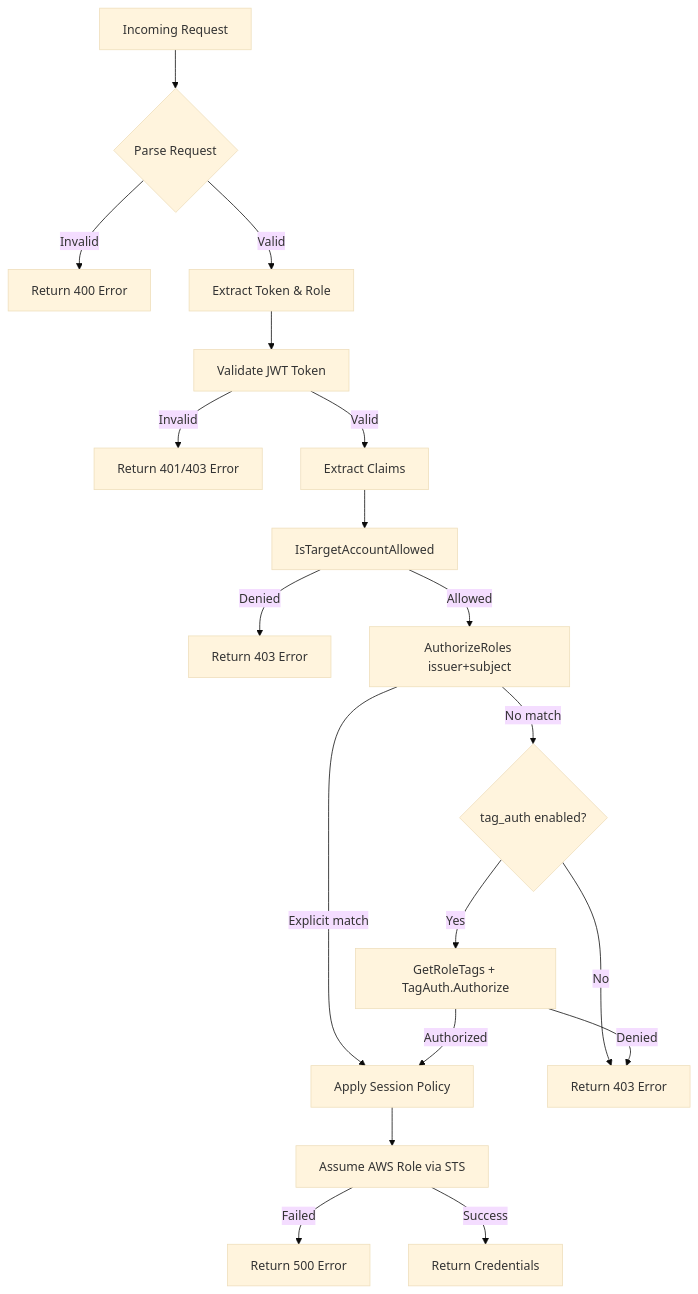
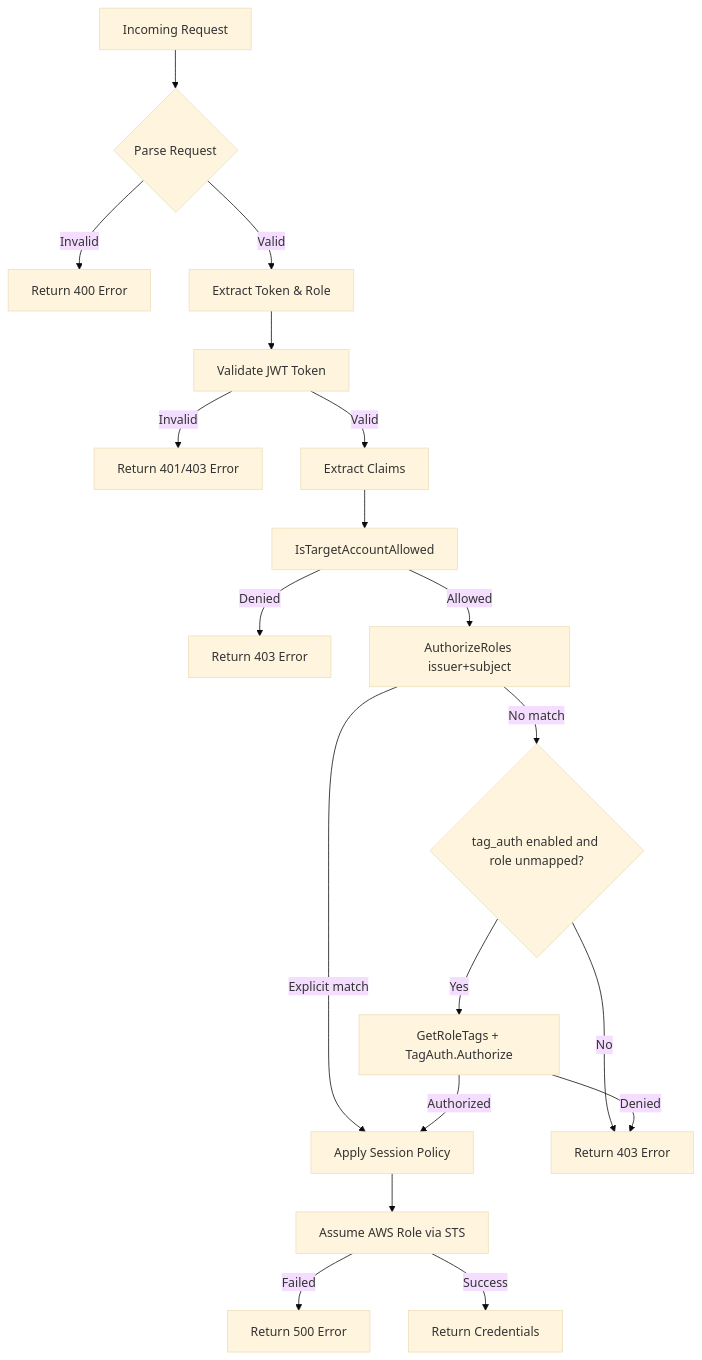
Before and after one commit to boogy/aws-oidc-warden: the third of 6 diagrams in docs/ARCHITECTURE.md, drawn with Mermaid (base theme). The commit also changed other lines of this file and 107 other files, not shown here.

````diff
--- a/docs/ARCHITECTURE.md
+++ b/docs/ARCHITECTURE.md
@@ -408,25 +408,25 @@
 ```mermaid
 flowchart TD
     A[Incoming Request] --> B{Parse Request}
     B -->|Invalid| C[Return 400 Error]
     B -->|Valid| D[Extract Token & Role]
 
     D --> E[Validate JWT Token]
     E -->|Invalid| F[Return 401/403 Error]
     E -->|Valid| G[Extract Claims]
 
     G --> GB[IsTargetAccountAllowed]
     GB -->|Denied| GC[Return 403 Error]
     GB -->|Allowed| H[AuthorizeRoles issuer+subject]
 
     H -->|Explicit match| N[Apply Session Policy]
-    H -->|No match| HA{tag_auth enabled?}
+    H -->|No match| HA{tag_auth enabled and role unmapped?}
     HA -->|No| I[Return 403 Error]
     HA -->|Yes| HB[GetRoleTags + TagAuth.Authorize]
     HB -->|Denied| I[Return 403 Error]
     HB -->|Authorized| N
 
     N --> O[Assume AWS Role via STS]
     O -->|Failed| P[Return 500 Error]
     O -->|Success| Q[Return Credentials]
 ```
````
